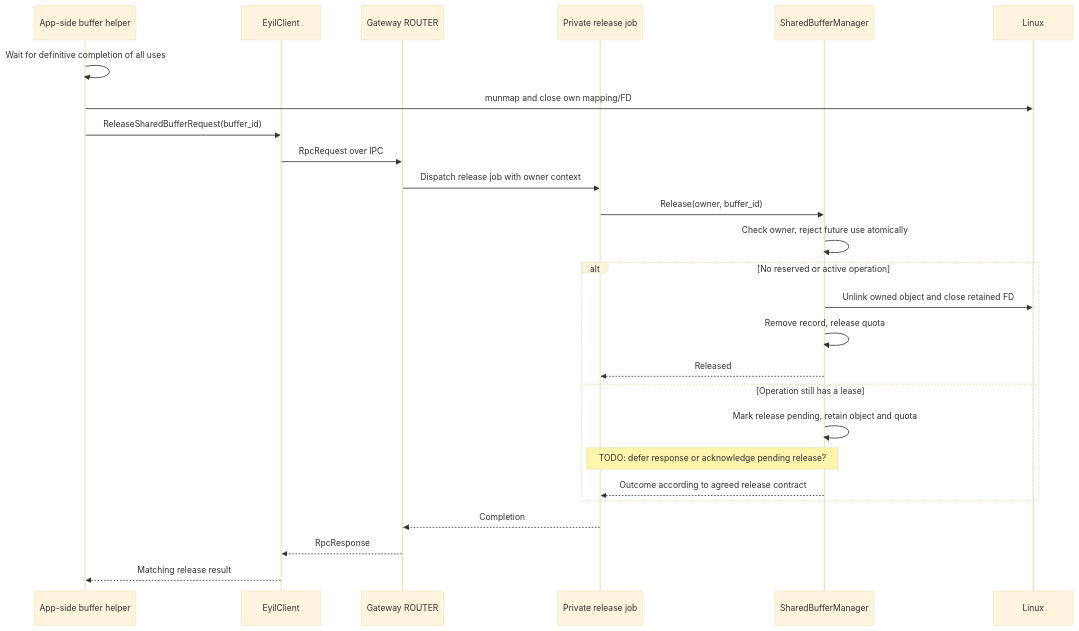
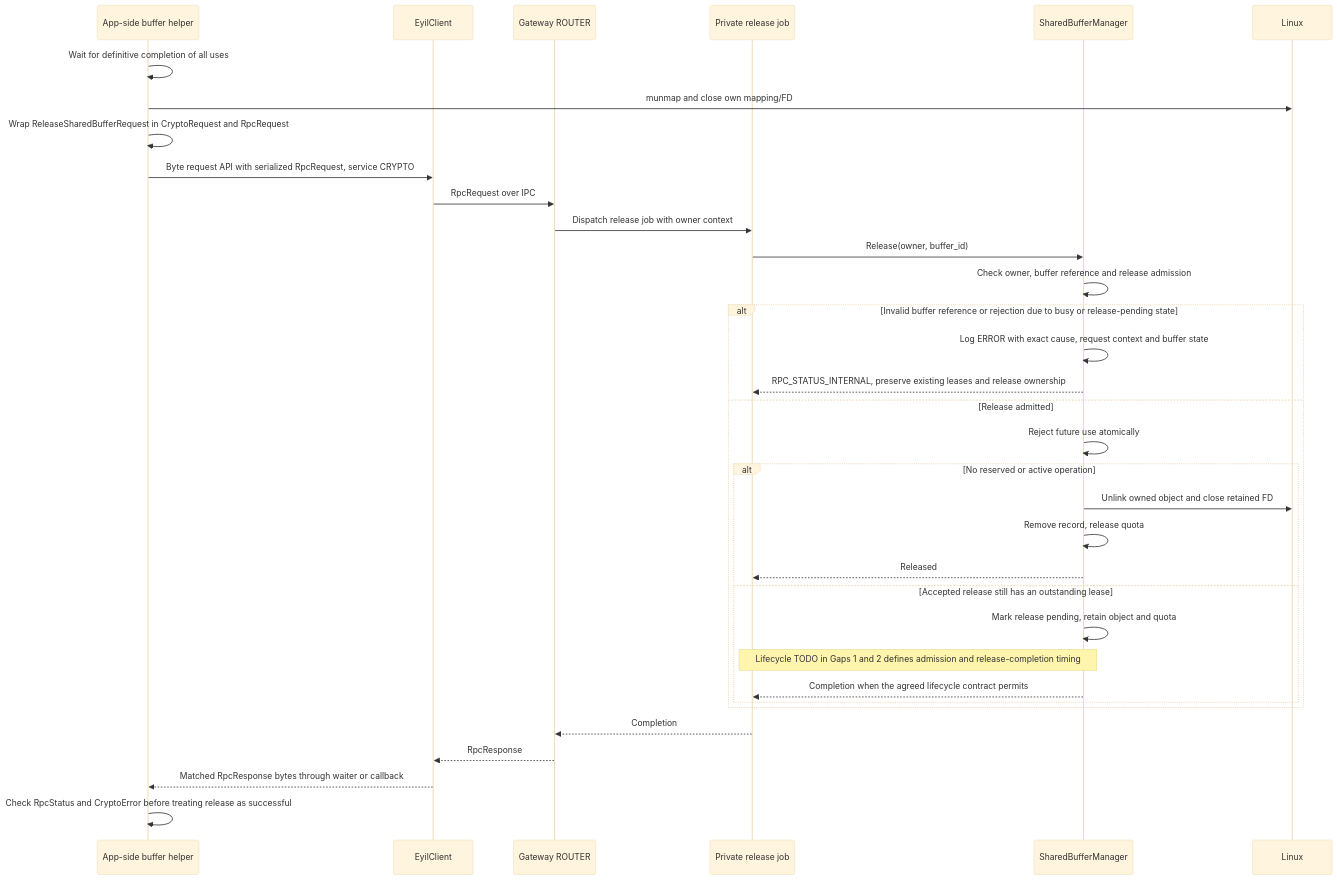
Before and after one commit to rdkcentral/eyil-secure-gateway: diagram 27 of 35 in doc/EyilSecureGateway.md, drawn with Mermaid (base theme). The commit also changed other lines of this file, not shown here.

Commit message:
RDKEMW-27976: Resolve some gaps in docs

````diff
--- a/doc/EyilSecureGateway.md
+++ b/doc/EyilSecureGateway.md
@@ -3173,28 +3682,36 @@
 ```mermaid
 sequenceDiagram
     participant A as App-side buffer helper
     participant L as EyilClient
     participant R as Gateway ROUTER
     participant J as Private release job
     participant B as SharedBufferManager
     participant K as Linux
     A->>A: Wait for definitive completion of all uses
     A->>K: munmap and close own mapping/FD
-    A->>L: ReleaseSharedBufferRequest(buffer_id)
+    A->>A: Wrap ReleaseSharedBufferRequest in CryptoRequest and RpcRequest
+    A->>L: Byte request API with serialized RpcRequest, service CRYPTO
     L->>R: RpcRequest over IPC
     R->>J: Dispatch release job with owner context
     J->>B: Release(owner, buffer_id)
-    B->>B: Check owner, reject future use atomically
-    alt No reserved or active operation
-        B->>K: Unlink owned object and close retained FD
-        B->>B: Remove record, release quota
-        B-->>J: Released
-    else Operation still has a lease
-        B->>B: Mark release pending, retain object and quota
-        Note over J,B: TODO: defer response or acknowledge pending release?
-        B-->>J: Outcome according to agreed release contract
+    B->>B: Check owner, buffer reference and release admission
+    alt Invalid buffer reference or rejection due to busy or release-pending state
+        B->>B: Log ERROR with exact cause, request context and buffer state
+        B-->>J: RPC_STATUS_INTERNAL, preserve existing leases and release ownership
+    else Release admitted
+        B->>B: Reject future use atomically
+        alt No reserved or active operation
+            B->>K: Unlink owned object and close retained FD
+            B->>B: Remove record, release quota
+            B-->>J: Released
+        else Accepted release still has an outstanding lease
+            B->>B: Mark release pending, retain object and quota
+            Note over J,B: Lifecycle TODO in Gaps 1 and 2 defines admission and release-completion timing
+            B-->>J: Completion when the agreed lifecycle contract permits
+        end
     end
     J-->>R: Completion
     R-->>L: RpcResponse
-    L-->>A: Matching release result
+    L-->>A: Matched RpcResponse bytes through waiter or callback
+    A->>A: Check RpcStatus and CryptoError before treating release as successful
 ```
````
